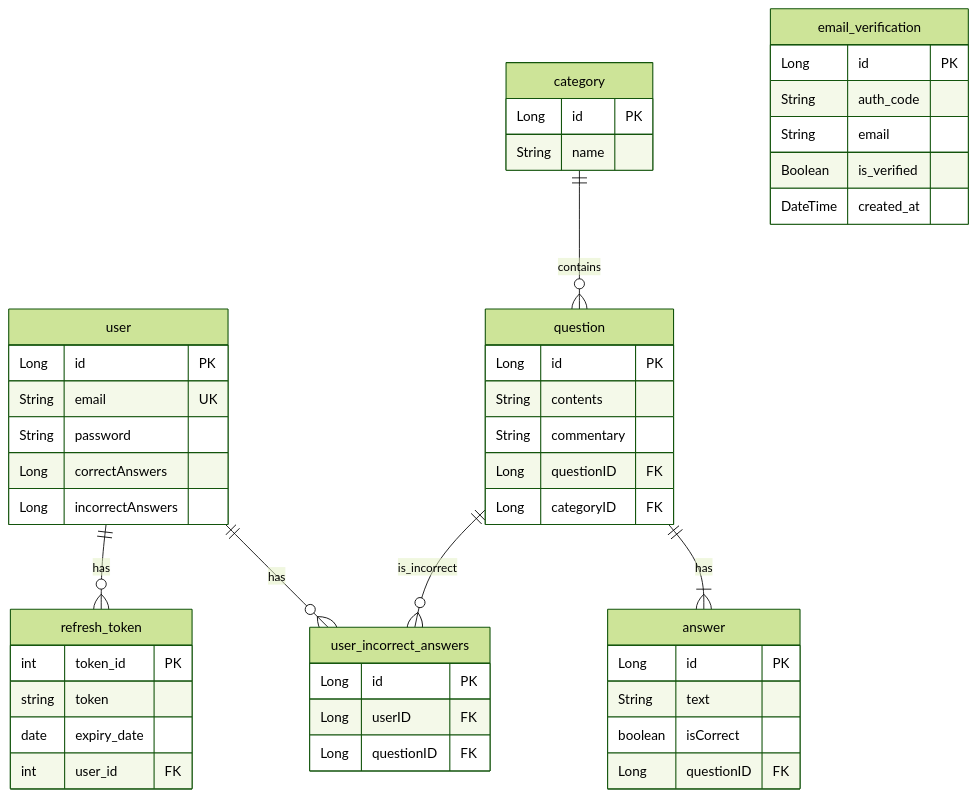
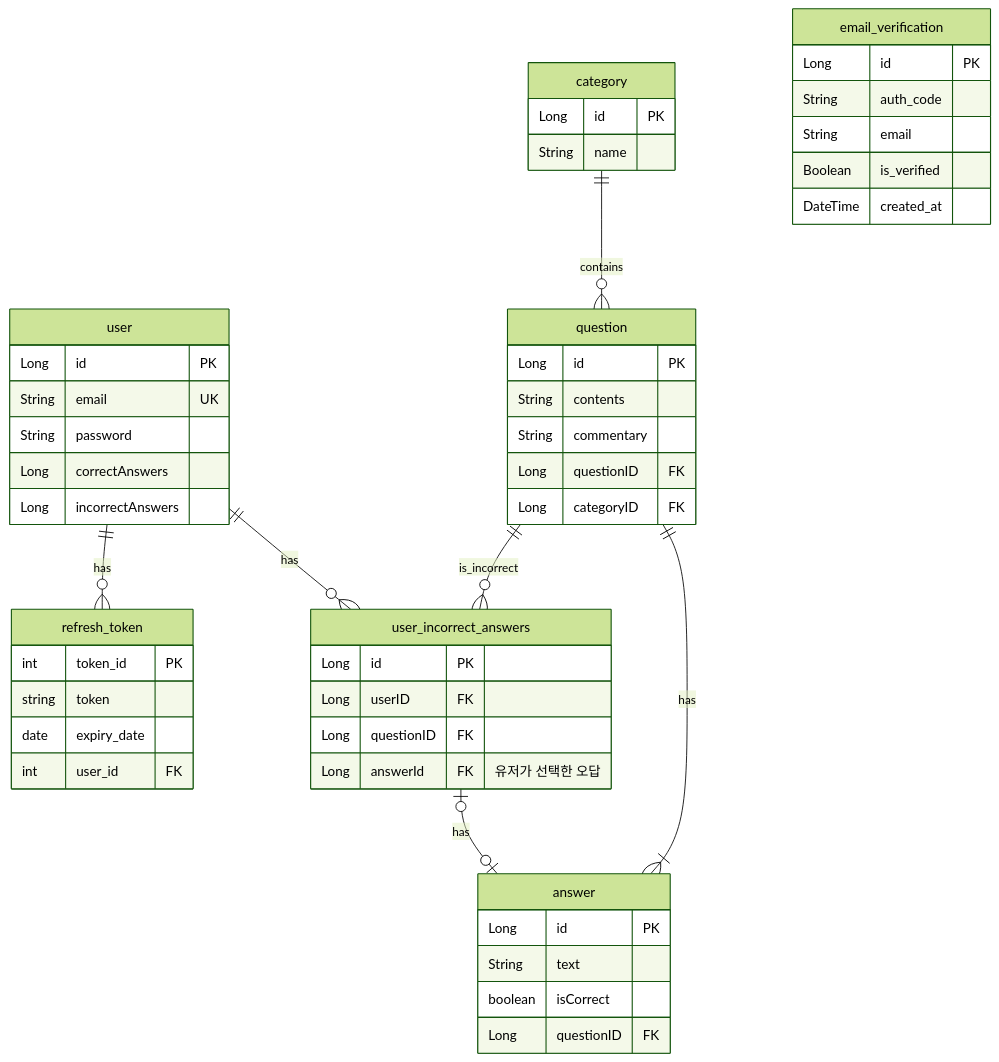
The diagram in README.md (Q-int/Qint_Backend), drawn with Mermaid (forest theme) before and after one commit.

Commit message:
docs: erd 수정

````diff
--- a/README.md
+++ b/README.md
@@ -3,57 +3,59 @@
 ```mermaid
 erDiagram
     user {
         Long id PK
         String email UK
         String password
         Long correctAnswers
         Long incorrectAnswers
     }
 
     category {
         Long id PK
         String name
     }
 
     question {
         Long id PK
         String contents
         String commentary
         Long questionID FK
         Long categoryID FK
     }
     
     answer {
         Long id PK
         String text
         boolean isCorrect
         Long questionID FK
     }
 
     user_incorrect_answers {
         Long id PK
         Long userID FK
         Long questionID FK
+        Long answerId FK "유저가 선택한 오답"
     }
 
     email_verification {
         Long id PK
         String auth_code
         String email
         Boolean is_verified
         DateTime created_at
     }
 
     refresh_token {
         int token_id PK
         string token
         date expiry_date
         int user_id FK
     }
 
     user ||--o{ user_incorrect_answers : has
     user ||--o{ refresh_token : has
     category ||--o{ question : contains
     question ||--|{ answer : has
     question ||--o{ user_incorrect_answers : is_incorrect
+    user_incorrect_answers |o--o| answer : has
 ```
````
